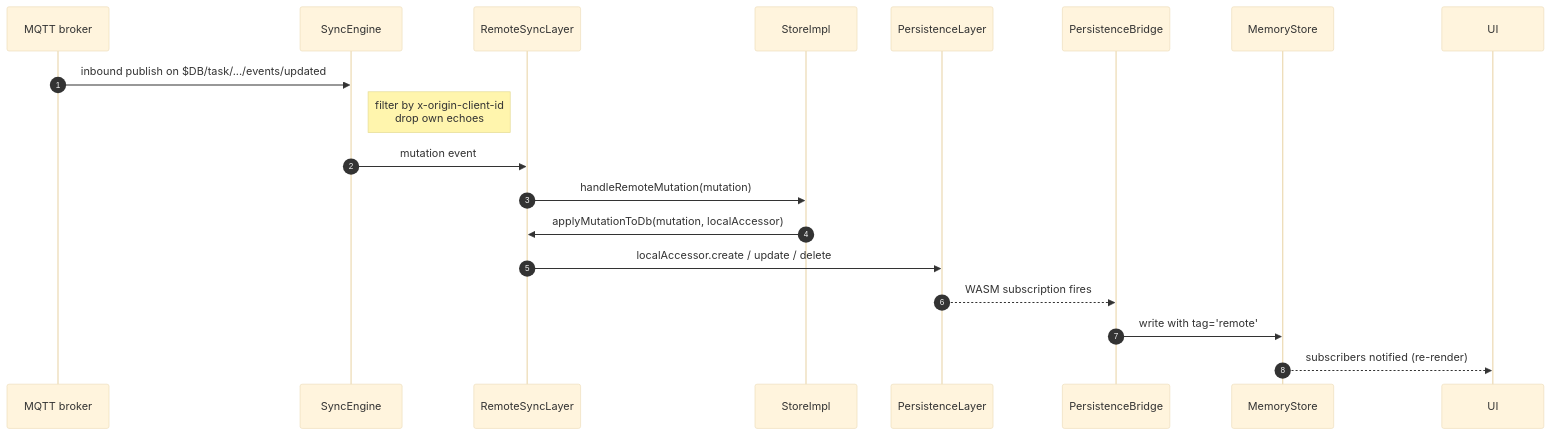
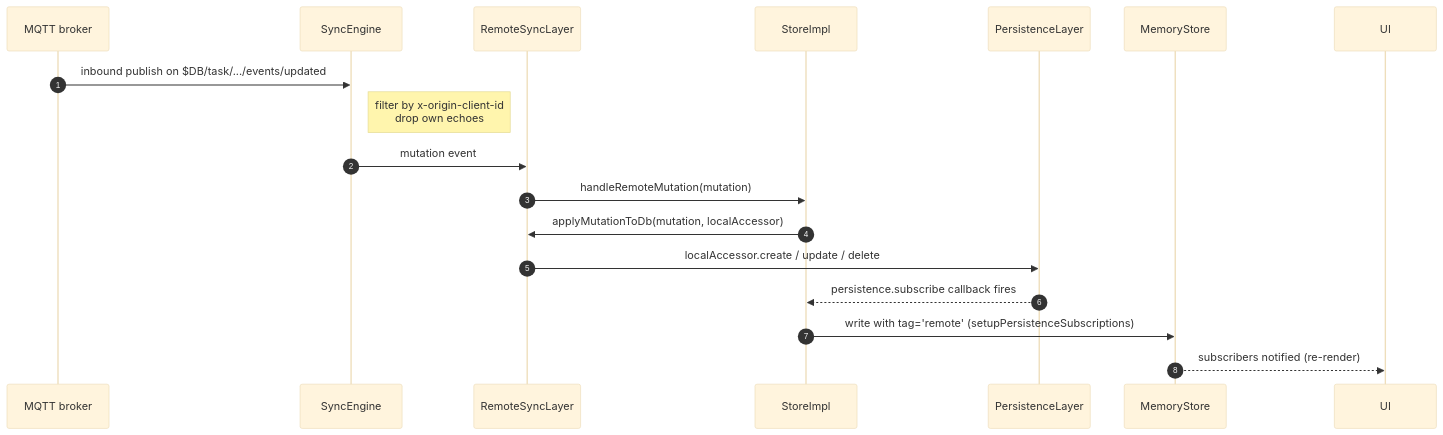
One commit to LabOverWire/stitch changed the third of 6 diagrams in ARCHITECTURE.md. Above: the diagram before and after it, drawn with Mermaid (base theme). The commit also changed other lines of this file and 19 other files, not shown here.

Commit message:
release 0.3.0: remove legacy persistence store, stitch provider, bridge; add release recipe

````diff
--- a/ARCHITECTURE.md
+++ b/ARCHITECTURE.md
@@ -156,22 +154,21 @@
 ```mermaid
 sequenceDiagram
   autonumber
   participant MQTT as MQTT broker
   participant Engine as SyncEngine
   participant Remote as RemoteSyncLayer
   participant Store as StoreImpl
   participant Persistence as PersistenceLayer
-  participant Bridge as PersistenceBridge
   participant Memory as MemoryStore
   participant UI as UI
 
   MQTT->>Engine: inbound publish on $DB/task/.../events/updated
   Note right of Engine: filter by x-origin-client-id<br/>drop own echoes
   Engine->>Remote: mutation event
   Remote->>Store: handleRemoteMutation(mutation)
   Store->>Remote: applyMutationToDb(mutation, localAccessor)
   Remote->>Persistence: localAccessor.create / update / delete
-  Persistence-->>Bridge: WASM subscription fires
-  Bridge->>Memory: write with tag='remote'
+  Persistence-->>Store: persistence.subscribe callback fires
+  Store->>Memory: write with tag='remote' (setupPersistenceSubscriptions)
   Memory-->>UI: subscribers notified (re-render)
 ```
````
